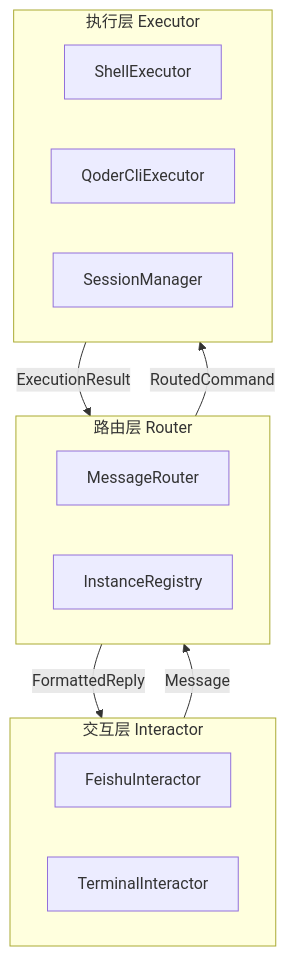
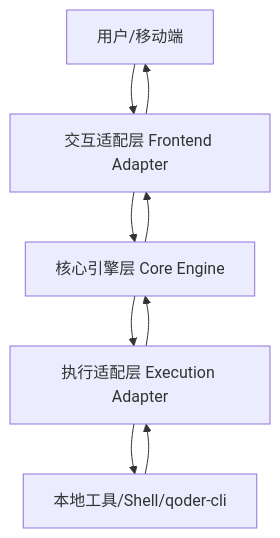
Before and after one commit to czb3279338858/chat-remote: the diagram in 架构文档.md, drawn with Mermaid. The commit also changed other lines of this file and 4 other files, not shown here.

````diff
--- a/架构文档.md
+++ b/架构文档.md
@@ -9,23 +9,12 @@
 ```mermaid
 graph TB
-    subgraph Frontend [交互层 Interactor]
-        A[FeishuInteractor]
-        B[TerminalInteractor]
-    end
-
-    subgraph Core [路由层 Router]
-        C[MessageRouter]
-        D[InstanceRegistry]
-    end
-
-    subgraph Backend [执行层 Executor]
-        E[ShellExecutor]
-        F[QoderCliExecutor]
-        G[SessionManager]
-    end
-
-    Frontend -->|Message| Core
-    Core -->|RoutedCommand| Backend
-    Backend -->|ExecutionResult| Core
-    Core -->|FormattedReply| Frontend
+    A[用户/移动端] --> B[交互适配层 Frontend Adapter]
+    B --> C[核心引擎层 Core Engine]
+    C --> D[执行适配层 Execution Adapter]
+    D --> E[本地工具/Shell/qoder-cli]
+    
+    E --> D
+    D --> C
+    C --> B
+    B --> A
 ```
````
